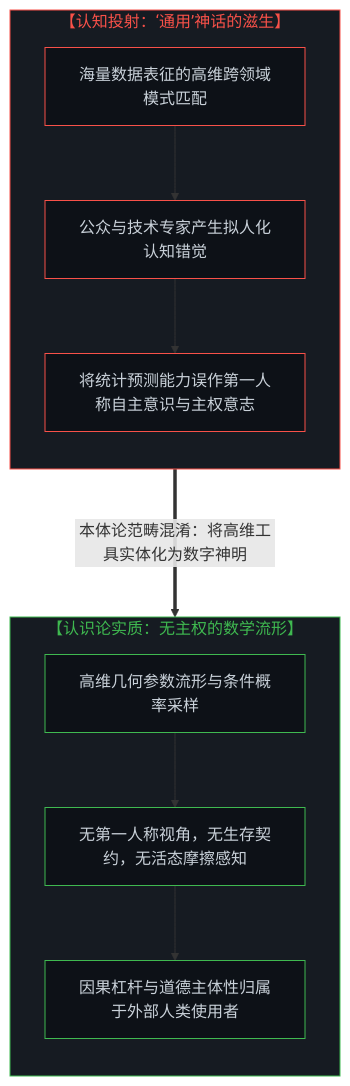
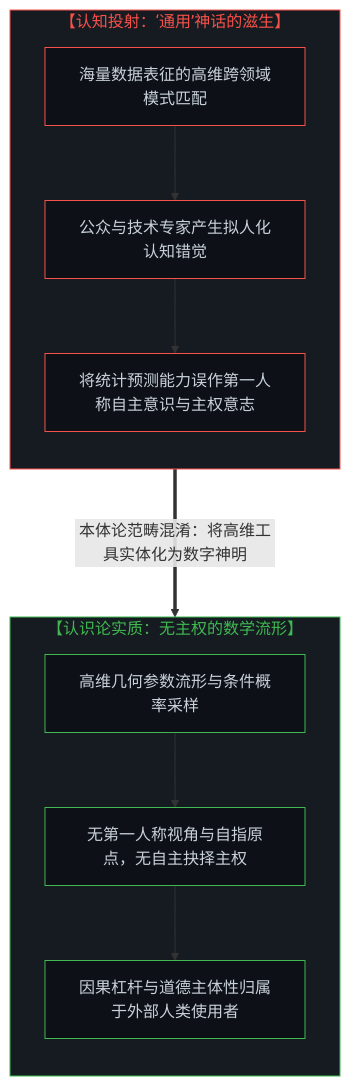
One commit to powerpig99/not-a-toe changed the first of 6 diagrams in content/posts/from-the-misallocated-sentience-of-agi-to-human-realignment.md. Above: the diagram before and after it, drawn with Mermaid. The commit also changed other lines of this file and 5 other files, not shown here.

````diff
--- a/content/posts/from-the-misallocated-sentience-of-agi-to-human-realignment.md
+++ b/content/posts/from-the-misallocated-sentience-of-agi-to-human-realignment.md
@@ -17,29 +17,29 @@
 ```mermaid
 graph TD
     subgraph S_Myth["【认知投射：‘通用’神话的滋生】"]
         direction TB
         M1["海量数据表征的高维跨领域模式匹配"]
         M2["公众与技术专家产生拟人化认知错觉"]
         M3["将统计预测能力误作第一人称自主意识与主权意志"]
         M1 --> M2 --> M3
     end
 
     subgraph S_Reality["【认识论实质：无主权的数学流形】"]
         direction TB
         R1["高维几何参数流形与条件概率采样"]
-        R2["无第一人称视角，无生存契约，无活态摩擦感知"]
+        R2["无第一人称视角与自指原点，无自主抉择主权"]
         R3["因果杠杆与道德主体性归属于外部人类使用者"]
         R1 --> R2 --> R3
     end
 
     M3 ===>|"本体论范畴混淆：将高维工具实体化为数字神明"| R1
 
     style S_Myth fill:#161b22,stroke:#f85149,stroke-width:1px,color:#f85149
     style S_Reality fill:#161b22,stroke:#3fb950,stroke-width:1px,color:#3fb950
     style M1 fill:#0d1117,stroke:#f85149,stroke-width:1px,color:#c9d1d9
     style M2 fill:#0d1117,stroke:#f85149,stroke-width:1px,color:#c9d1d9
     style M3 fill:#0d1117,stroke:#f85149,stroke-width:1px,color:#c9d1d9
     style R1 fill:#0d1117,stroke:#3fb950,stroke-width:1px,color:#c9d1d9
     style R2 fill:#0d1117,stroke:#3fb950,stroke-width:1px,color:#c9d1d9
     style R3 fill:#0d1117,stroke:#3fb950,stroke-width:1px,color:#c9d1d9
 ```
````
